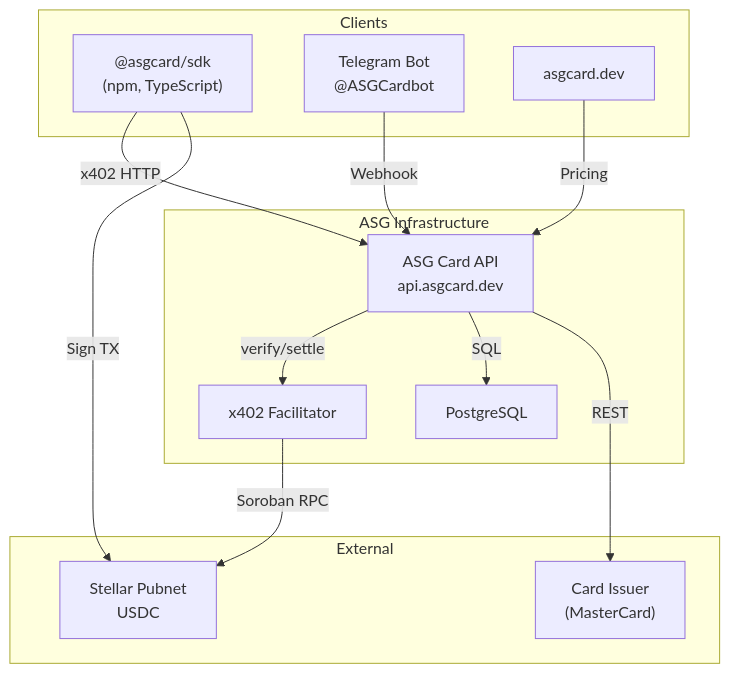
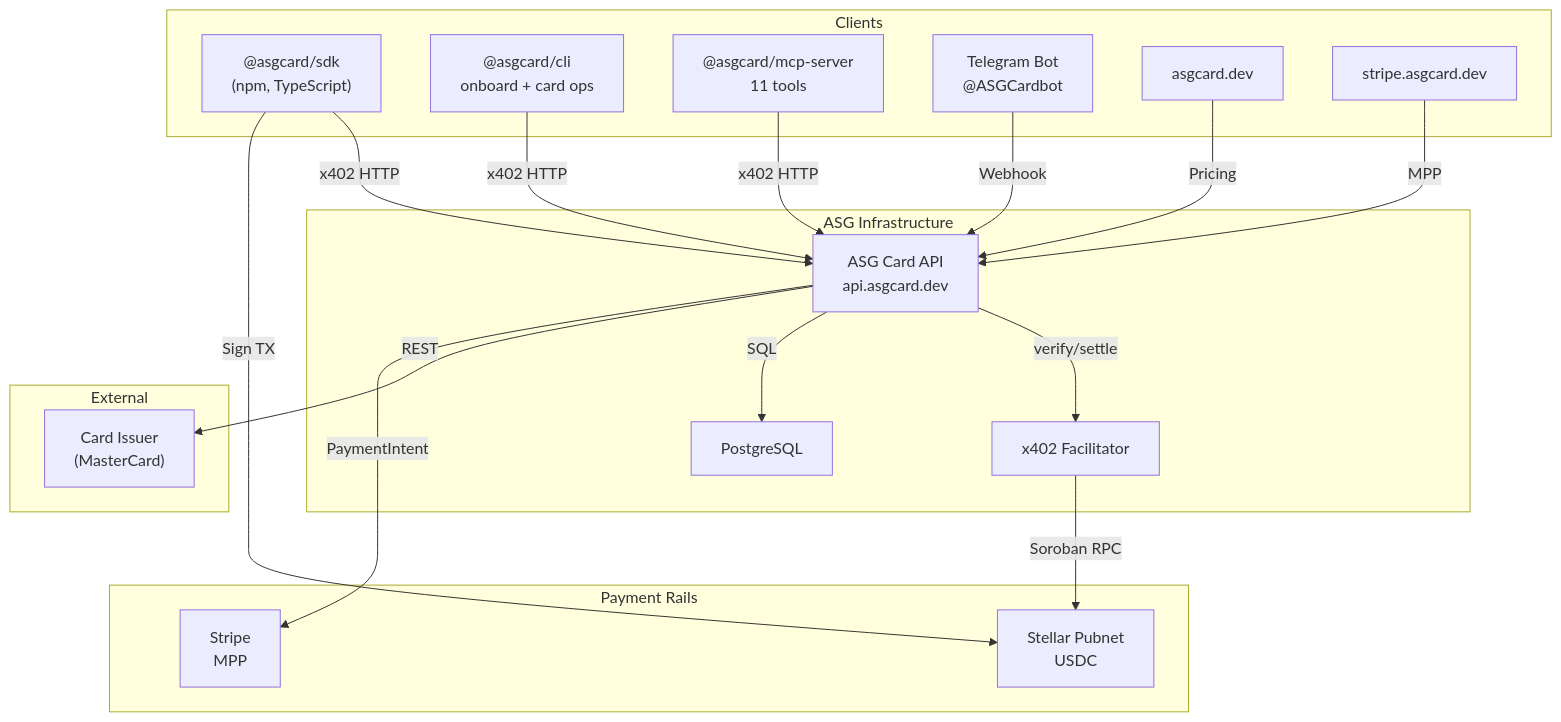
The diagram in README.md (ASGCompute/asgcard-public), drawn with Mermaid before and after one commit. The commit also changed other lines of this file and 26 other files, not shown here.

````diff
--- a/README.md
+++ b/README.md
@@ -7,28 +7,39 @@
 ```mermaid
 graph TB
     subgraph Clients
         SDK["@asgcard/sdk<br>(npm, TypeScript)"]
+        CLI["@asgcard/cli<br>onboard + card ops"]
+        MCP["@asgcard/mcp-server<br>11 tools"]
         TG["Telegram Bot<br>@ASGCardbot"]
         WEB["asgcard.dev"]
+        STRIPE_WEB["stripe.asgcard.dev"]
     end
 
     subgraph ASG Infrastructure
         API["ASG Card API<br>api.asgcard.dev"]
         FAC["x402 Facilitator"]
         DB["PostgreSQL"]
     end
 
+    subgraph Payment Rails
+        STELLAR["Stellar Pubnet<br>USDC"]
+        STRIPE["Stripe<br>MPP"]
+    end
+
     subgraph External
         ISSUER["Card Issuer<br>(MasterCard)"]
-        STELLAR["Stellar Pubnet<br>USDC"]
     end
 
     SDK -->|"x402 HTTP"| API
+    CLI -->|"x402 HTTP"| API
+    MCP -->|"x402 HTTP"| API
     TG -->|"Webhook"| API
     WEB -->|"Pricing"| API
+    STRIPE_WEB -->|"MPP"| API
     API -->|"verify/settle"| FAC
     API -->|"SQL"| DB
     API -->|"REST"| ISSUER
     FAC -->|"Soroban RPC"| STELLAR
+    API -->|"PaymentIntent"| STRIPE
     SDK -->|"Sign TX"| STELLAR
 ```
````
